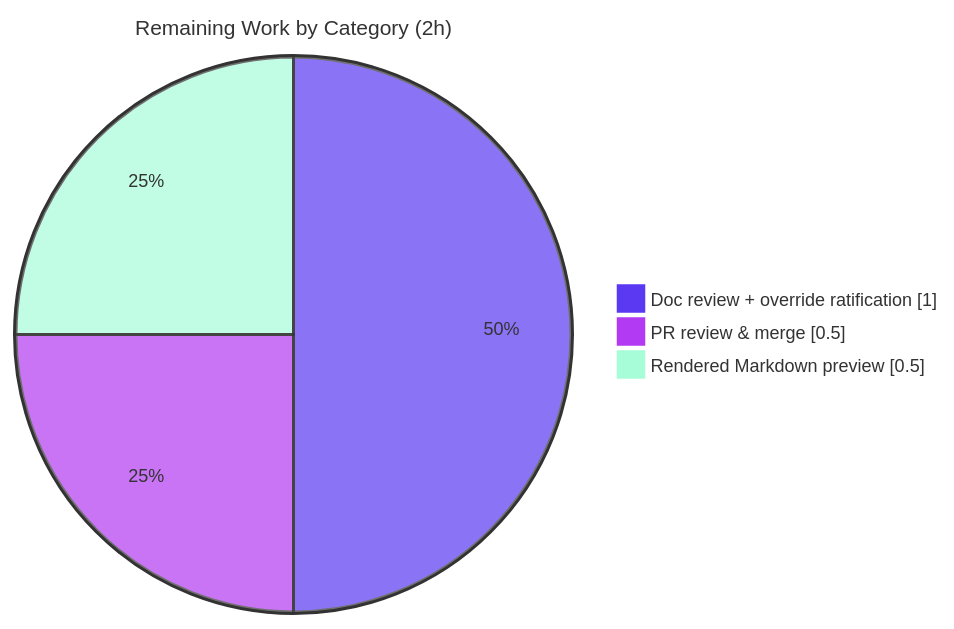
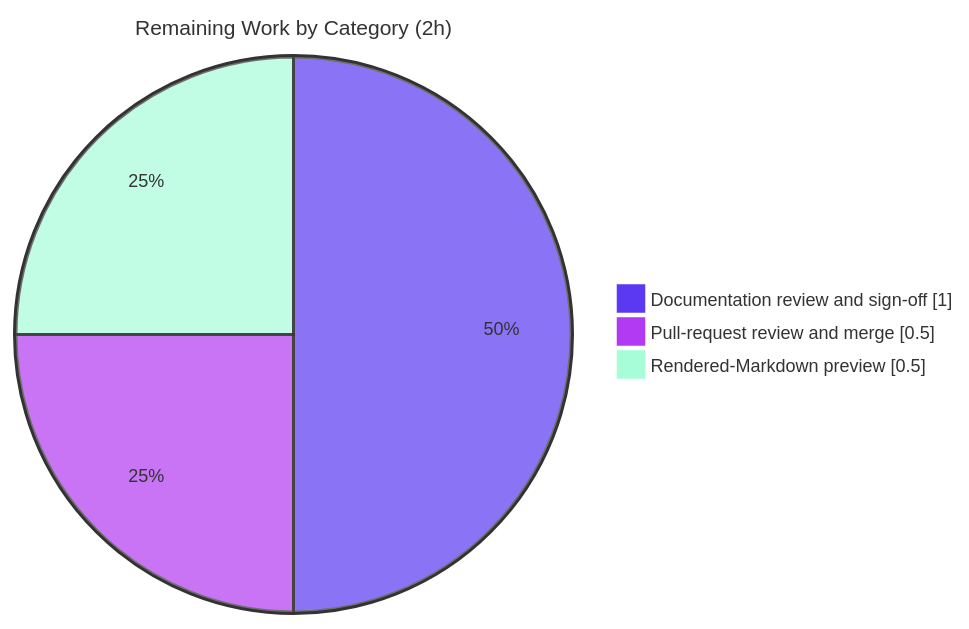
The third of 3 diagrams in blitzy/documentation/Project Guide.md (Sandeep02Kumar02/12-dec-existing-projects-qa-test-3), drawn with Mermaid before and after one commit. The commit also changed other lines of this file, not shown here.

````diff
--- a/blitzy/documentation/Project Guide.md
+++ b/blitzy/documentation/Project Guide.md
@@ -208,7 +242,7 @@
 ```mermaid
 %%{init: {'theme':'base','themeVariables':{'pie1':'#5B39F3','pie2':'#B23AF2','pie3':'#A8FDD9','pieStrokeColor':'#333333','pieOuterStrokeColor':'#333333','pieTitleTextSize':'14px','pieSectionTextSize':'12px','pieLegendTextSize':'12px'}}}%%
 pie showData title Remaining Work by Category (2h)
-    "Doc review + override ratification" : 1.0
-    "PR review & merge" : 0.5
-    "Rendered Markdown preview" : 0.5
+    "Documentation review and sign-off" : 1.0
+    "Pull-request review and merge" : 0.5
+    "Rendered-Markdown preview" : 0.5
 ```
````
